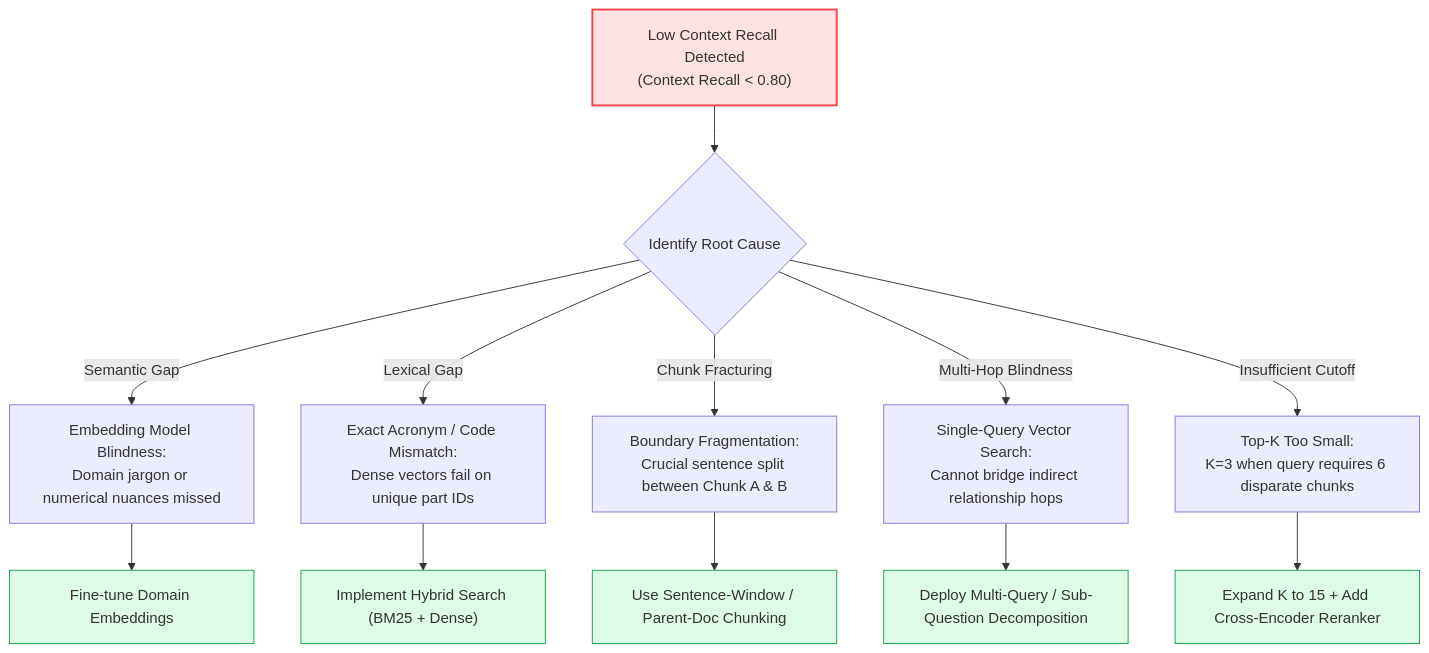
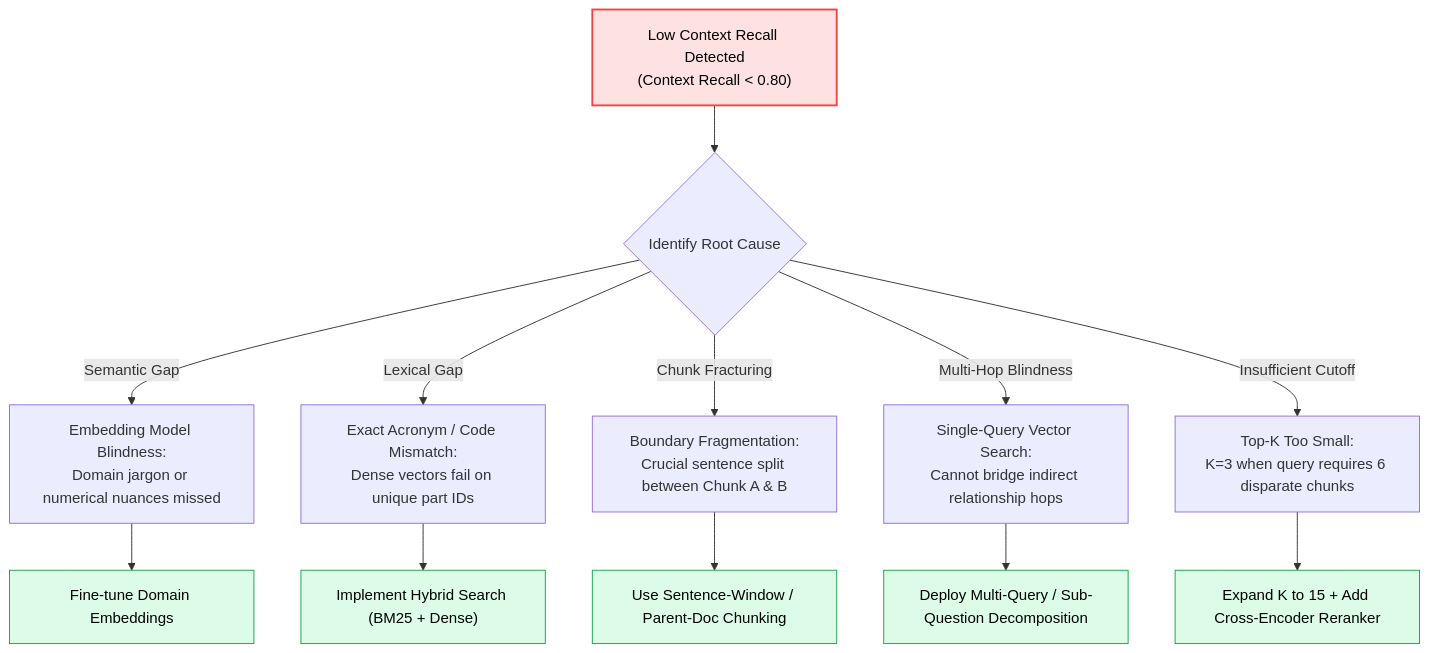
Before and after one commit to swapnil3104/RAG-Engineering: the second of 3 diagrams in 08-RAG-Evaluation-and-Optimization/Context-Recall.md, drawn with Mermaid. The commit also changed other lines of this file and 108 other files, not shown here.

Commit message:
fix: make chart text visible across all Mermaid diagrams and resolve markdown table formatting issues

````diff
--- a/08-RAG-Evaluation-and-Optimization/Context-Recall.md
+++ b/08-RAG-Evaluation-and-Optimization/Context-Recall.md
@@ -110,23 +110,23 @@
 ```mermaid
 flowchart TD
     RecallFailure["Low Context Recall Detected<br/>(Context Recall < 0.80)"] --> Cause{"Identify Root Cause"}
 
     Cause -->|"Semantic Gap"| C1["Embedding Model Blindness:<br/>Domain jargon or numerical nuances missed"]
     Cause -->|"Lexical Gap"| C2["Exact Acronym / Code Mismatch:<br/>Dense vectors fail on unique part IDs"]
     Cause -->|"Chunk Fracturing"| C3["Boundary Fragmentation:<br/>Crucial sentence split between Chunk A & B"]
     Cause -->|"Multi-Hop Blindness"| C4["Single-Query Vector Search:<br/>Cannot bridge indirect relationship hops"]
     Cause -->|"Insufficient Cutoff"| C5["Top-K Too Small:<br/>K=3 when query requires 6 disparate chunks"]
 
     C1 --> S1["Fine-tune Domain Embeddings"]
     C2 --> S2["Implement Hybrid Search (BM25 + Dense)"]
     C3 --> S3["Use Sentence-Window / Parent-Doc Chunking"]
     C4 --> S4["Deploy Multi-Query / Sub-Question Decomposition"]
     C5 --> S5["Expand K to 15 + Add Cross-Encoder Reranker"]
 
-    style RecallFailure fill:#fee2e2,stroke:#ef4444,stroke-width:2px
-    style S1 fill:#dcfce7,stroke:#16a34a
-    style S2 fill:#dcfce7,stroke:#16a34a
-    style S3 fill:#dcfce7,stroke:#16a34a
-    style S4 fill:#dcfce7,stroke:#16a34a
-    style S5 fill:#dcfce7,stroke:#16a34a
+    style RecallFailure fill:#fee2e2,stroke:#ef4444,stroke-width:2px,color:#000000
+    style S1 fill:#dcfce7,stroke:#16a34a,color:#000000
+    style S2 fill:#dcfce7,stroke:#16a34a,color:#000000
+    style S3 fill:#dcfce7,stroke:#16a34a,color:#000000
+    style S4 fill:#dcfce7,stroke:#16a34a,color:#000000
+    style S5 fill:#dcfce7,stroke:#16a34a,color:#000000
 ```
````
